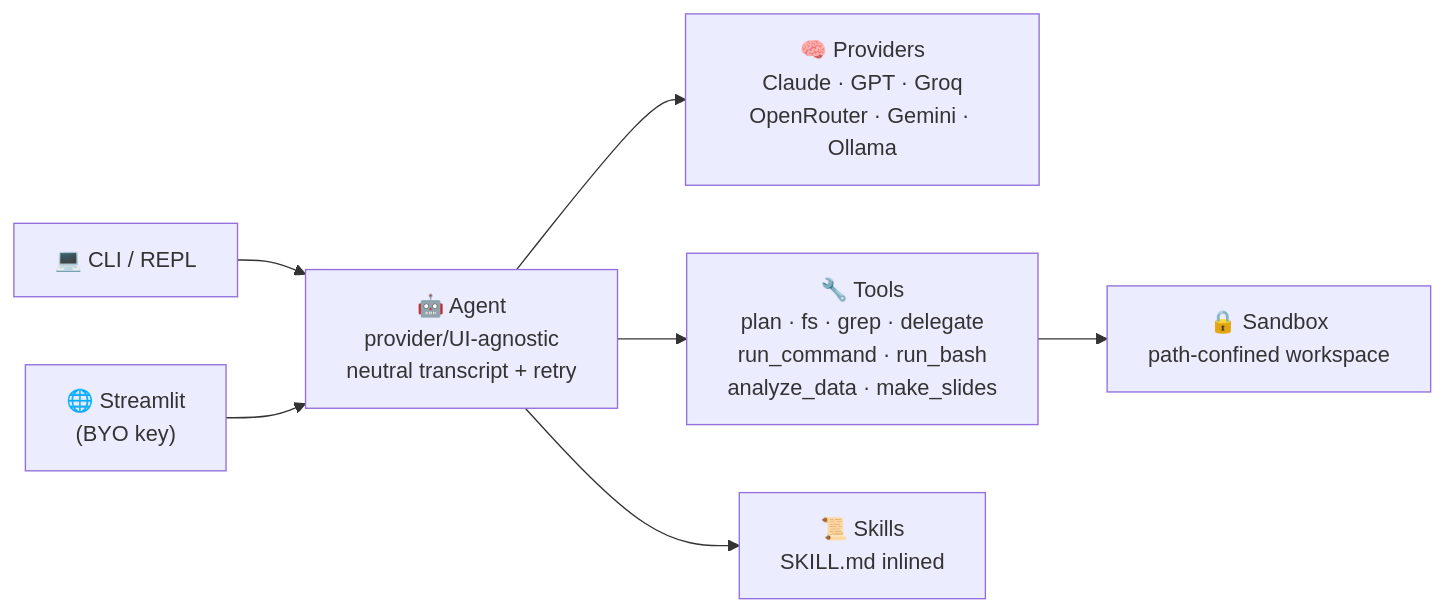
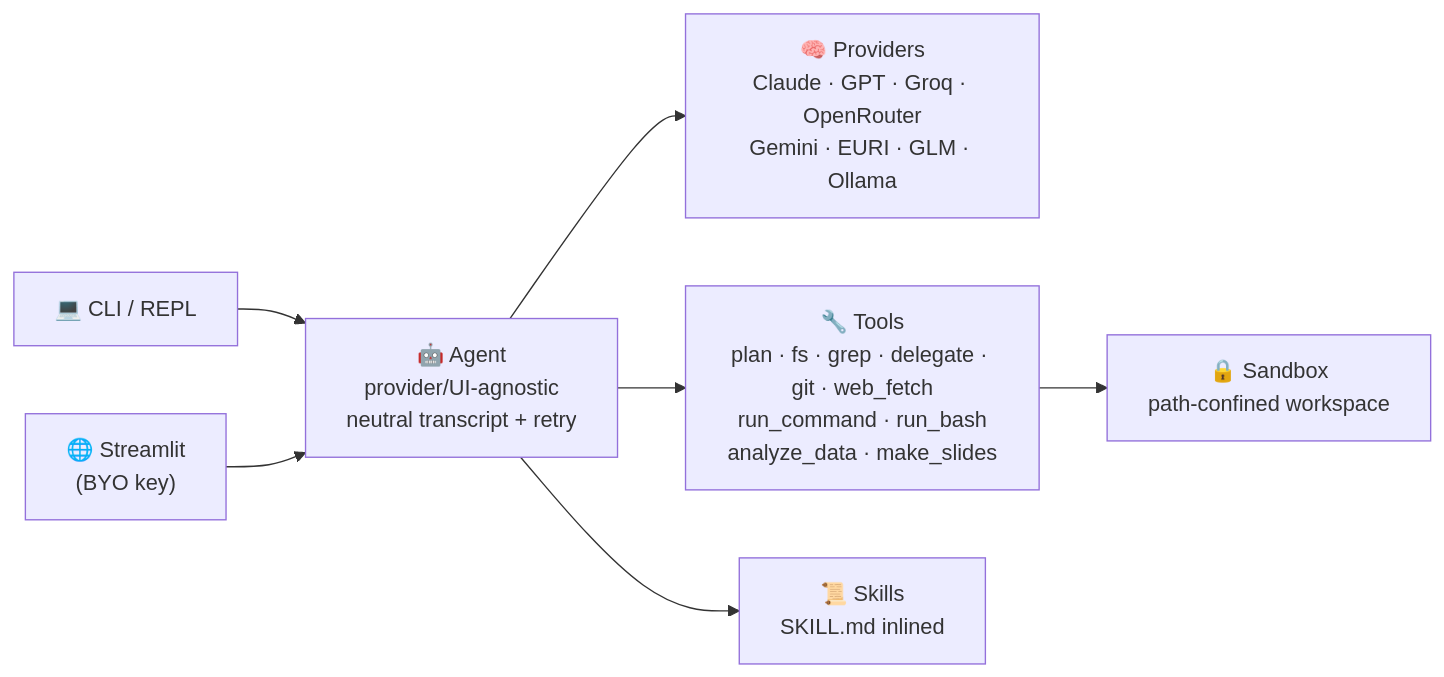
Before and after one commit to Ashutosh0428/pi-agent: the second of 2 diagrams in README.md, drawn with Mermaid. The commit also changed other lines of this file, not shown here.

First line of the commit message:
docs(readme): reflect 0.3 — git/web_fetch tools, all-provider streaming, 100 tests

````diff
--- a/README.md
+++ b/README.md
@@ -134,10 +136,10 @@
 ```mermaid
 flowchart LR
     CLI["💻 CLI / REPL"] --> AG
     WEB["🌐 Streamlit<br/>(BYO key)"] --> AG
     AG["🤖 Agent<br/>provider/UI-agnostic<br/>neutral transcript + retry"]
-    AG --> P["🧠 Providers<br/>Claude · GPT · Groq<br/>OpenRouter · Gemini · Ollama"]
-    AG --> T["🔧 Tools<br/>plan · fs · grep · delegate<br/>run_command · run_bash<br/>analyze_data · make_slides"]
+    AG --> P["🧠 Providers<br/>Claude · GPT · Groq · OpenRouter<br/>Gemini · EURI · GLM · Ollama"]
+    AG --> T["🔧 Tools<br/>plan · fs · grep · delegate · git · web_fetch<br/>run_command · run_bash<br/>analyze_data · make_slides"]
     AG --> S["📜 Skills<br/>SKILL.md inlined"]
     T --> SB["🔒 Sandbox<br/>path-confined workspace"]
 ```
````
